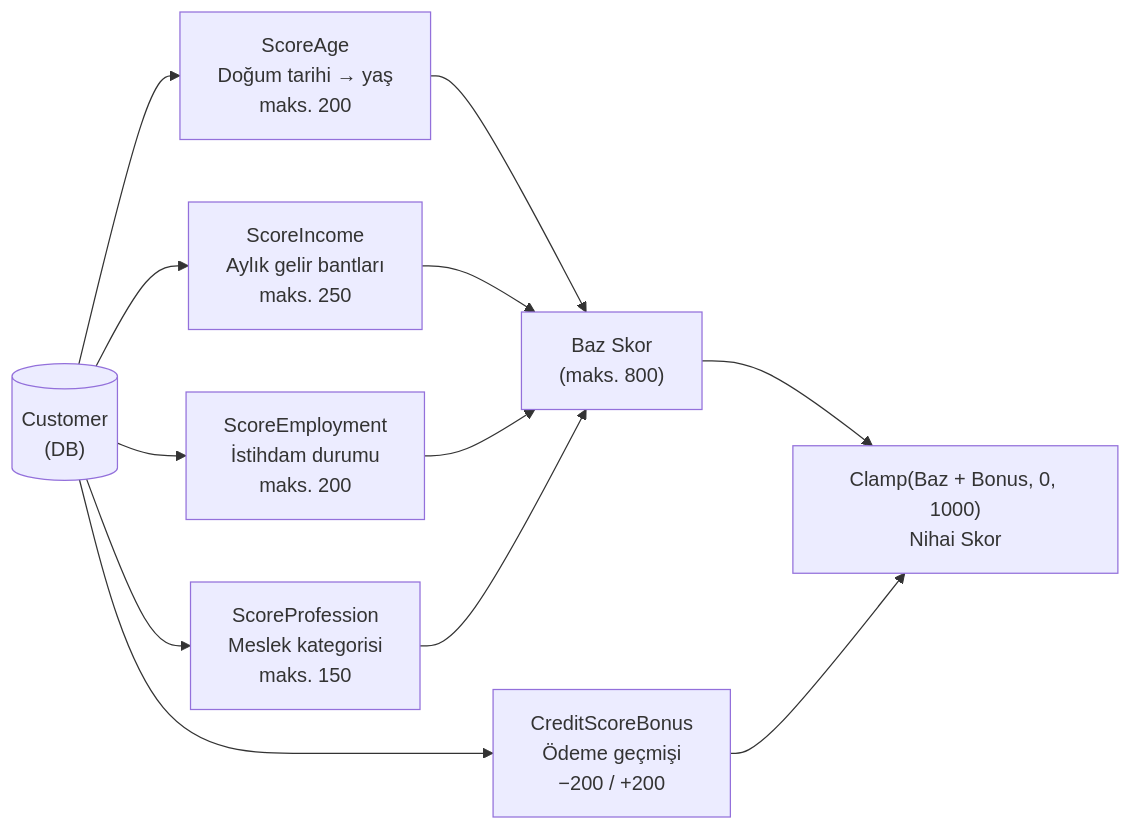
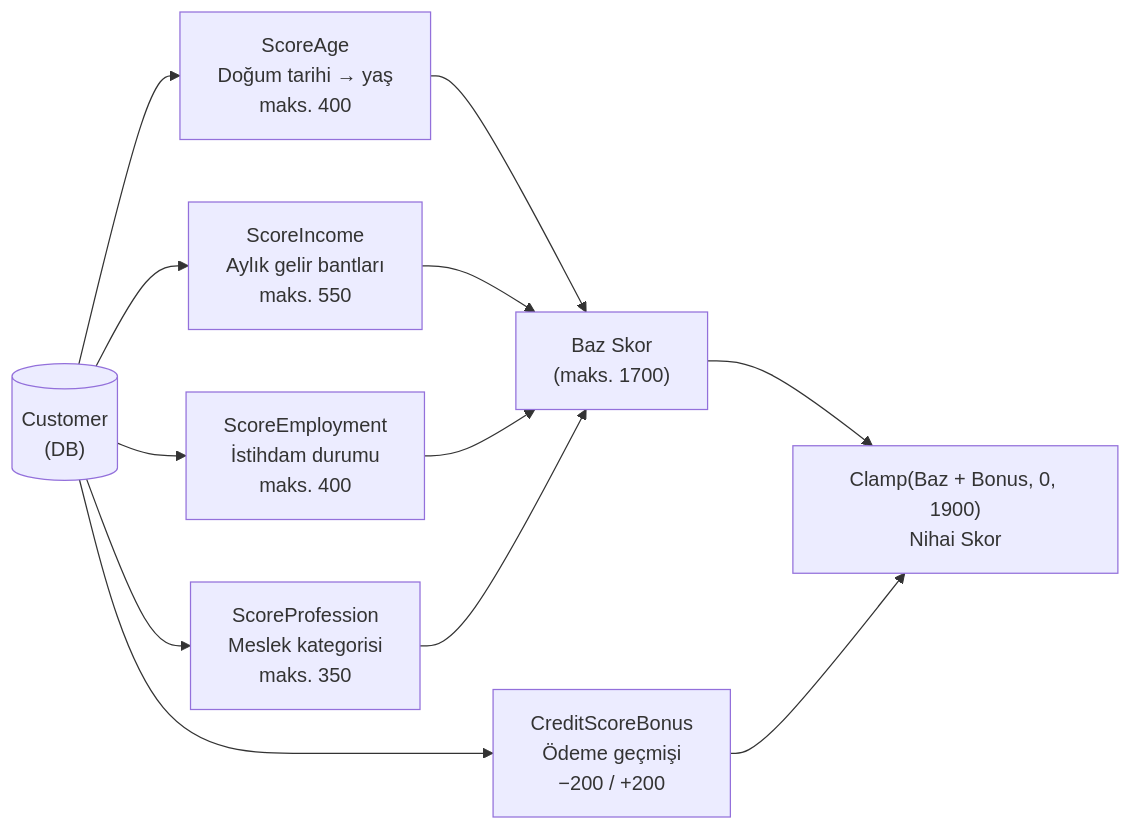
The eighth of 8 diagrams in README.md (js-lover/credit-case), drawn with Mermaid before and after one commit. The commit also changed other lines of this file and 3 other files, not shown here.

````diff
--- a/README.md
+++ b/README.md
@@ -967,26 +967,26 @@
 ```mermaid
 flowchart LR
     CUST[("Customer\n(DB)")]
-    AGE["ScoreAge\nDoğum tarihi → yaş\nmaks. 200"]
-    INC["ScoreIncome\nAylık gelir bantları\nmaks. 250"]
-    EMP["ScoreEmployment\nİstihdam durumu\nmaks. 200"]
-    PROF["ScoreProfession\nMeslek kategorisi\nmaks. 150"]
+    AGE["ScoreAge\nDoğum tarihi → yaş\nmaks. 400"]
+    INC["ScoreIncome\nAylık gelir bantları\nmaks. 550"]
+    EMP["ScoreEmployment\nİstihdam durumu\nmaks. 400"]
+    PROF["ScoreProfession\nMeslek kategorisi\nmaks. 350"]
     BONUS["CreditScoreBonus\nÖdeme geçmişi\n−200 / +200"]
 
-    SUM["Baz Skor\n(maks. 800)"]
-    FINAL["Clamp(Baz + Bonus, 0, 1000)\nNihai Skor"]
+    SUM["Baz Skor\n(maks. 1700)"]
+    FINAL["Clamp(Baz + Bonus, 0, 1900)\nNihai Skor"]
 
     CUST --> AGE
     CUST --> INC
     CUST --> EMP
     CUST --> PROF
     CUST --> BONUS
 
     AGE --> SUM
     INC --> SUM
     EMP --> SUM
     PROF --> SUM
 
     SUM --> FINAL
     BONUS --> FINAL
 ```
````
